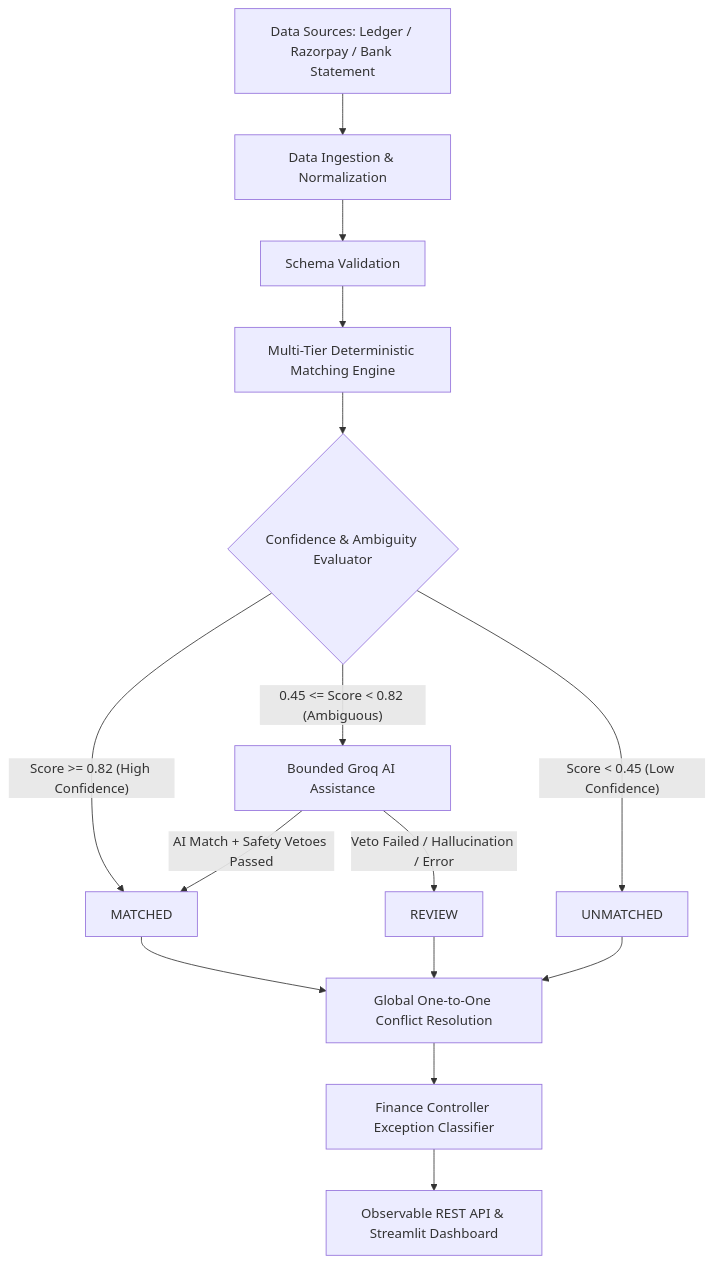
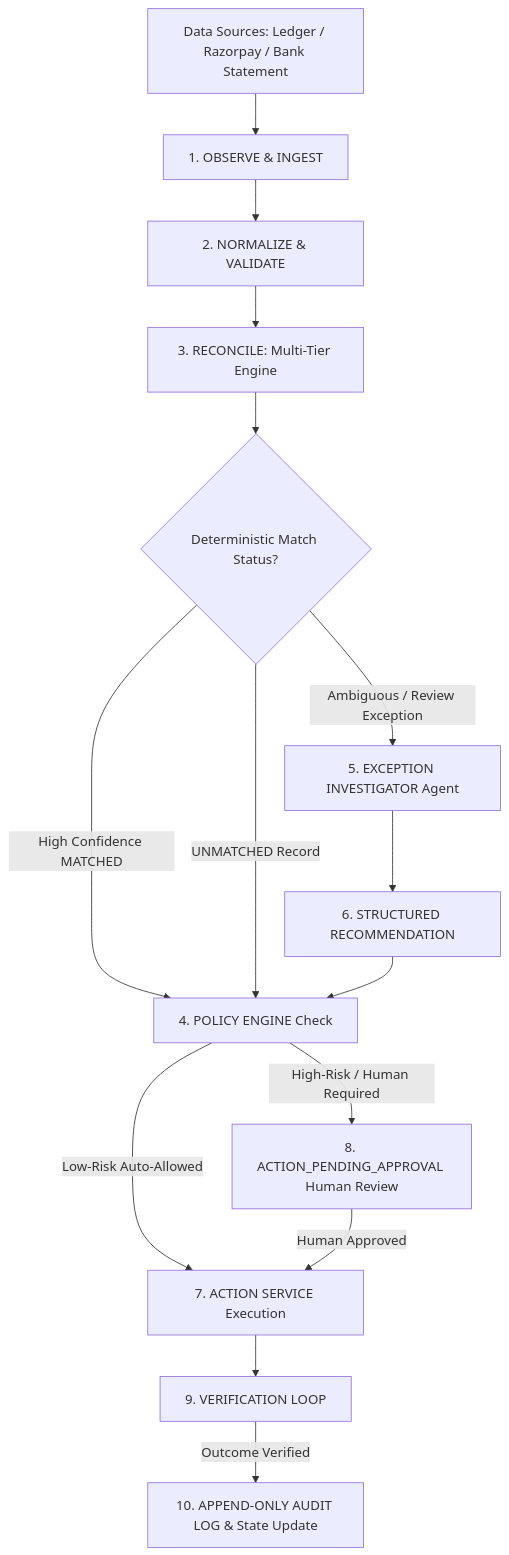
The diagram in README.md (SHUBHANSHU602/LedgerLens), drawn with Mermaid before and after one commit. The commit also changed other lines of this file and 10 other files, not shown here.

Commit message:
feat(agent): Bounded Financial Reconciliation Agent state machine, Policy Engine, Action handlers, Verification loop & REST API

````diff
--- a/README.md
+++ b/README.md
@@ -27,17 +27,17 @@
 ```mermaid
 graph TD
-    A[Data Sources: Ledger / Razorpay / Bank Statement] --> B[Data Ingestion & Normalization]
-    B --> C[Schema Validation]
-    C --> D[Multi-Tier Deterministic Matching Engine]
-    D --> E{Confidence & Ambiguity Evaluator}
-    E -- "Score >= 0.82 (High Confidence)" --> F[MATCHED]
-    E -- "0.45 <= Score < 0.82 (Ambiguous)" --> G[Bounded Groq AI Assistance]
-    E -- "Score < 0.45 (Low Confidence)" --> H[UNMATCHED]
-    G -- "AI Match + Safety Vetoes Passed" --> F
-    G -- "Veto Failed / Hallucination / Error" --> I[REVIEW]
-    F --> J[Global One-to-One Conflict Resolution]
-    I --> J
-    H --> J
-    J --> K[Finance Controller Exception Classifier]
-    K --> L[Observable REST API & Streamlit Dashboard]
+    A[Data Sources: Ledger / Razorpay / Bank Statement] --> B[1. OBSERVE & INGEST]
+    B --> C[2. NORMALIZE & VALIDATE]
+    C --> D[3. RECONCILE: Multi-Tier Engine]
+    D --> E{Deterministic Match Status?}
+    E -- "High Confidence MATCHED" --> F[4. POLICY ENGINE Check]
+    E -- "Ambiguous / Review Exception" --> G[5. EXCEPTION INVESTIGATOR Agent]
+    E -- "UNMATCHED Record" --> F
+    G --> H[6. STRUCTURED RECOMMENDATION]
+    H --> F
+    F -- "Low-Risk Auto-Allowed" --> I[7. ACTION SERVICE Execution]
+    F -- "High-Risk / Human Required" --> J[8. ACTION_PENDING_APPROVAL Human Review]
+    I --> K[9. VERIFICATION LOOP]
+    J -- "Human Approved" --> I
+    K -- "Outcome Verified" --> L[10. APPEND-ONLY AUDIT LOG & State Update]
 ```
````
